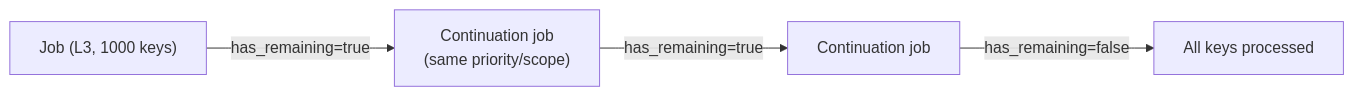
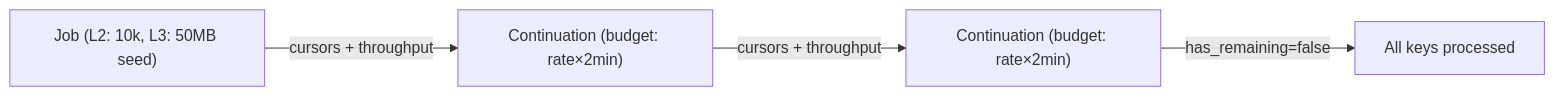
One commit to deepjoy/shoebox changed the fifth of 8 diagrams in docs/architecture/scanner.md. Above: the diagram before and after it, drawn with Mermaid. The commit also changed other lines of this file and 24 other files, not shown here.

````diff
--- a/docs/architecture/scanner.md
+++ b/docs/architecture/scanner.md
@@ -118,6 +152,6 @@
 ```mermaid
 graph LR
-    JOB1["Job (L3, 1000 keys)"] -->|has_remaining=true| JOB2["Continuation job<br>(same priority/scope)"]
-    JOB2 -->|has_remaining=true| JOB3["Continuation job"]
+    JOB1["Job (L2: 10k, L3: 50MB seed)"] -->|cursors + throughput| JOB2["Continuation (budget: rate×2min)"]
+    JOB2 -->|cursors + throughput| JOB3["Continuation (budget: rate×2min)"]
     JOB3 -->|has_remaining=false| DONE[All keys processed]
 ```
````
